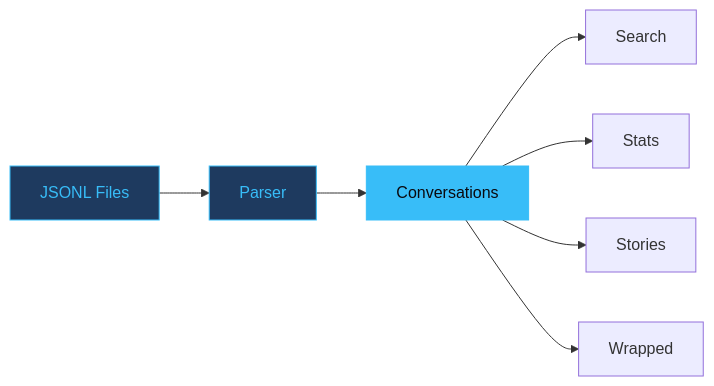
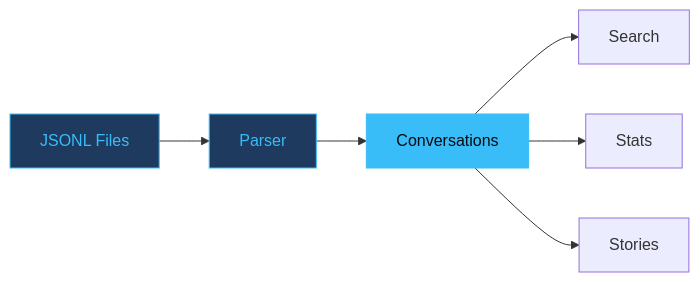
One commit to adewale/slide-maker changed the diagram in examples/claude-history-explorer/slides.md. Above: the diagram before and after it, drawn with Mermaid. The commit also changed other lines of this file and 24 other files, not shown here.

````diff
--- a/examples/claude-history-explorer/slides.md
+++ b/examples/claude-history-explorer/slides.md
@@ -25,10 +107,10 @@
 ```mermaid {theme: 'dark', scale: 0.85}
 graph LR
   A["JSONL Files"] --> B["Parser"]
   B --> C["Conversations"]
-  C --> D["Search"] & E["Stats"] & F["Stories"] & G["Wrapped"]
+  C --> D["Search"] & E["Stats"] & F["Stories"]
   classDef src fill:#1e3a5f,stroke:#38bdf8,color:#38bdf8
   classDef hub fill:#38bdf8,stroke:#38bdf8,color:#0a0a0f
   class A,B src
   class C hub
 ```
````
